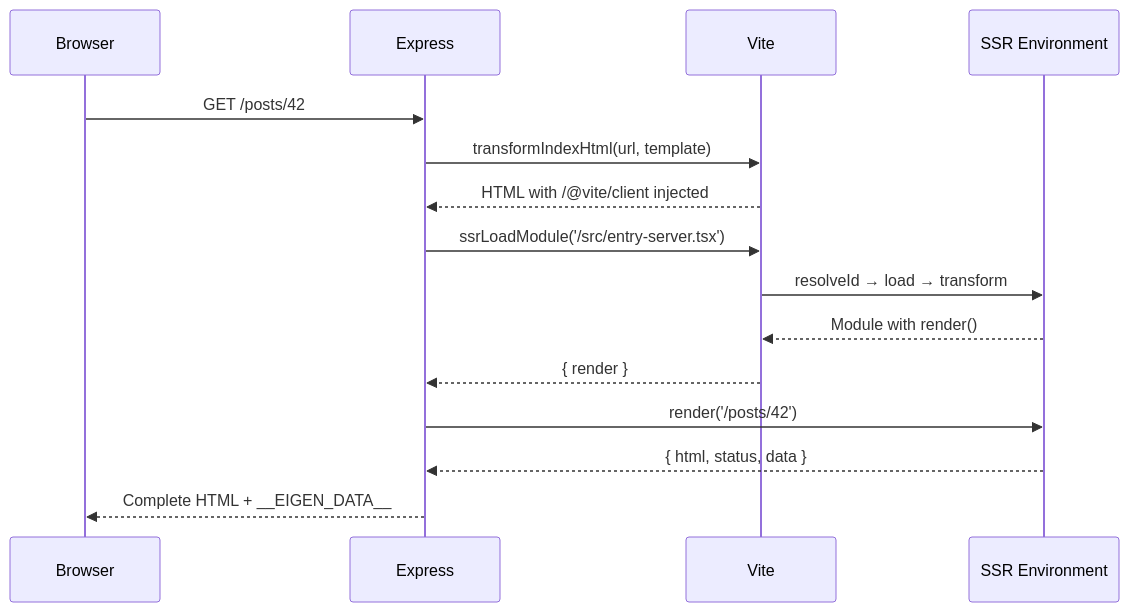
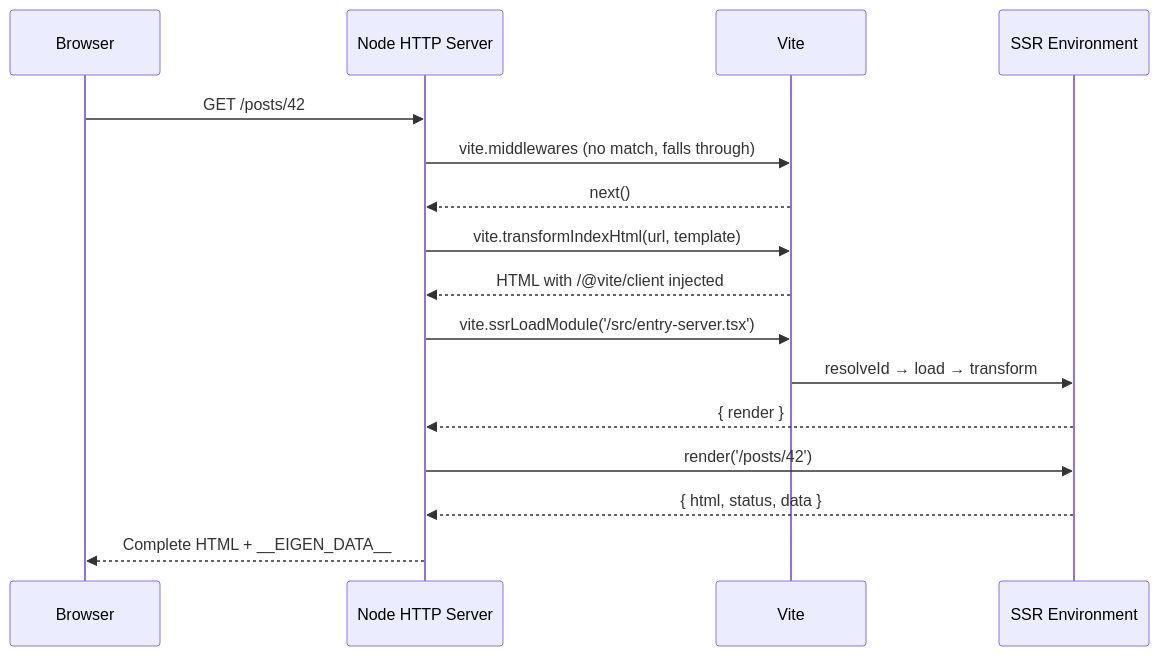
One commit to adamhake/eigen changed the diagram in apps/tutorial/src/content/03-server-side-rendering.mdx. Above: the diagram before and after it, drawn with Mermaid. The commit also changed other lines of this file and 1 other file, not shown here.

````diff
--- a/apps/tutorial/src/content/03-server-side-rendering.mdx
+++ b/apps/tutorial/src/content/03-server-side-rendering.mdx
@@ -22,18 +22,19 @@
 ```mermaid
 sequenceDiagram
     participant Browser
-    participant Express
+    participant Server as Node HTTP Server
     participant Vite
     participant SSR as SSR Environment
 
-    Browser->>Express: GET /posts/42
-    Express->>Vite: transformIndexHtml(url, template)
-    Vite-->>Express: HTML with /@vite/client injected
-    Express->>Vite: ssrLoadModule('/src/entry-server.tsx')
+    Browser->>Server: GET /posts/42
+    Server->>Vite: vite.middlewares (no match, falls through)
+    Vite-->>Server: next()
+    Server->>Vite: vite.transformIndexHtml(url, template)
+    Vite-->>Server: HTML with /@vite/client injected
+    Server->>Vite: vite.ssrLoadModule('/src/entry-server.tsx')
     Vite->>SSR: resolveId → load → transform
-    SSR-->>Vite: Module with render()
-    Vite-->>Express: { render }
-    Express->>SSR: render('/posts/42')
-    SSR-->>Express: { html, status, data }
-    Express-->>Browser: Complete HTML + __EIGEN_DATA__
+    SSR-->>Server: { render }
+    Server->>SSR: render('/posts/42')
+    SSR-->>Server: { html, status, data }
+    Server-->>Browser: Complete HTML + __EIGEN_DATA__
 ```
````
